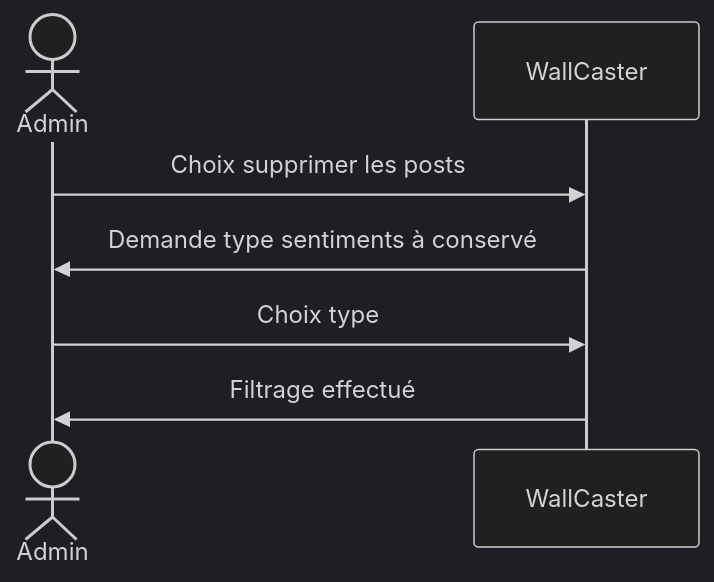
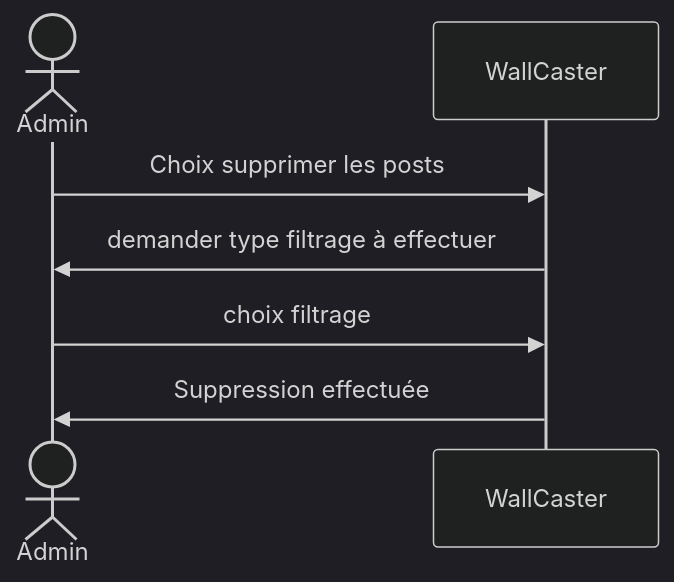
Before and after one commit to WallCaster/WallCaster: diagram 11 of 15 in doc/analisis-report.md, drawn with Mermaid (dark theme). The commit also changed other lines of this file, not shown here.

Commit message:
fix: replace plantuml

````diff
--- a/doc/analisis-report.md
+++ b/doc/analisis-report.md
@@ -214,10 +196,10 @@
 ```mermaid
 sequenceDiagram
   actor A as Admin
   participant W as WallCaster
 
   A ->> W : Choix supprimer les posts
-  W ->> A : Demande type sentiments à conservé
-  A ->> W : Choix type
-  W ->> A : Filtrage effectué
+  W ->> A : demander type filtrage à effectuer
+  A ->> W : choix filtrage
+  W ->> A : Suppression effectuée
 ```
````
